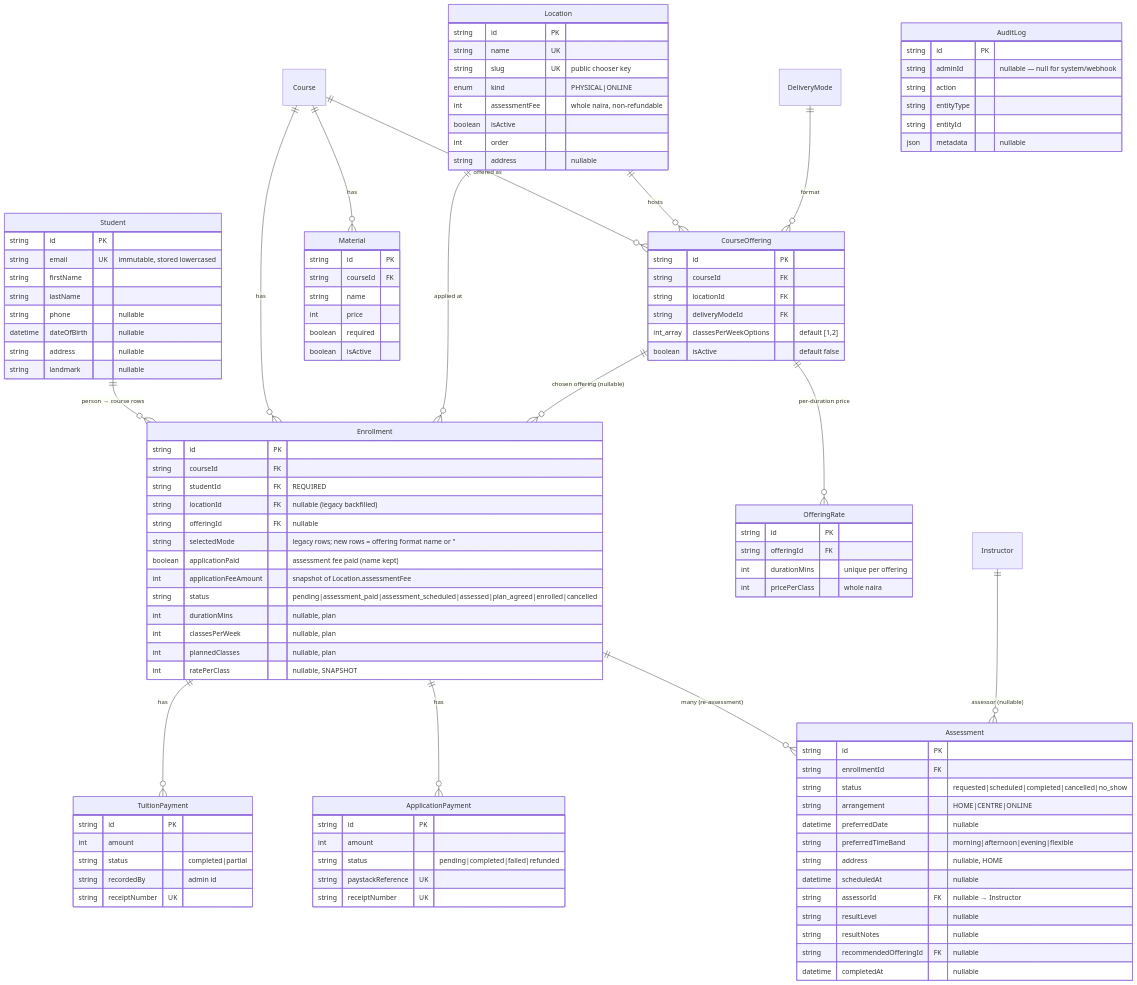
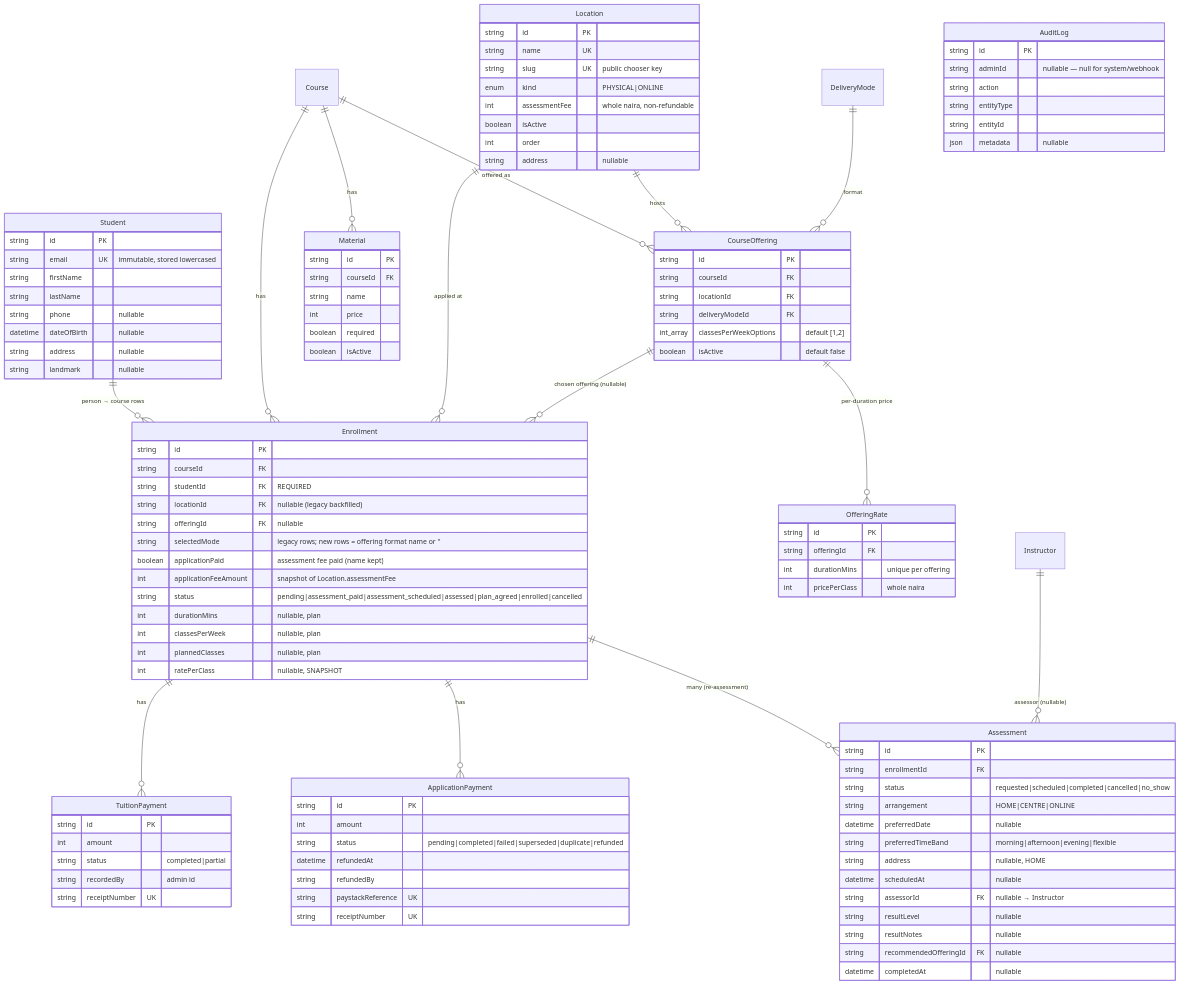
Before and after one commit to innocent98/banafix: the fourth of 4 diagrams in docs/architecture/banafix-blueprint.md, drawn with Mermaid. The commit also changed other lines of this file and 4 other files, not shown here.

```diff
--- a/docs/architecture/banafix-blueprint.md
+++ b/docs/architecture/banafix-blueprint.md
@@ -270,7 +271,9 @@
     ApplicationPayment {
       string id PK
       int amount
-      string status "pending|completed|failed|refunded"
+      string status "pending|completed|failed|superseded|duplicate|refunded"
+      datetime refundedAt
+      string refundedBy
       string paystackReference UK
       string receiptNumber UK
     }
```
